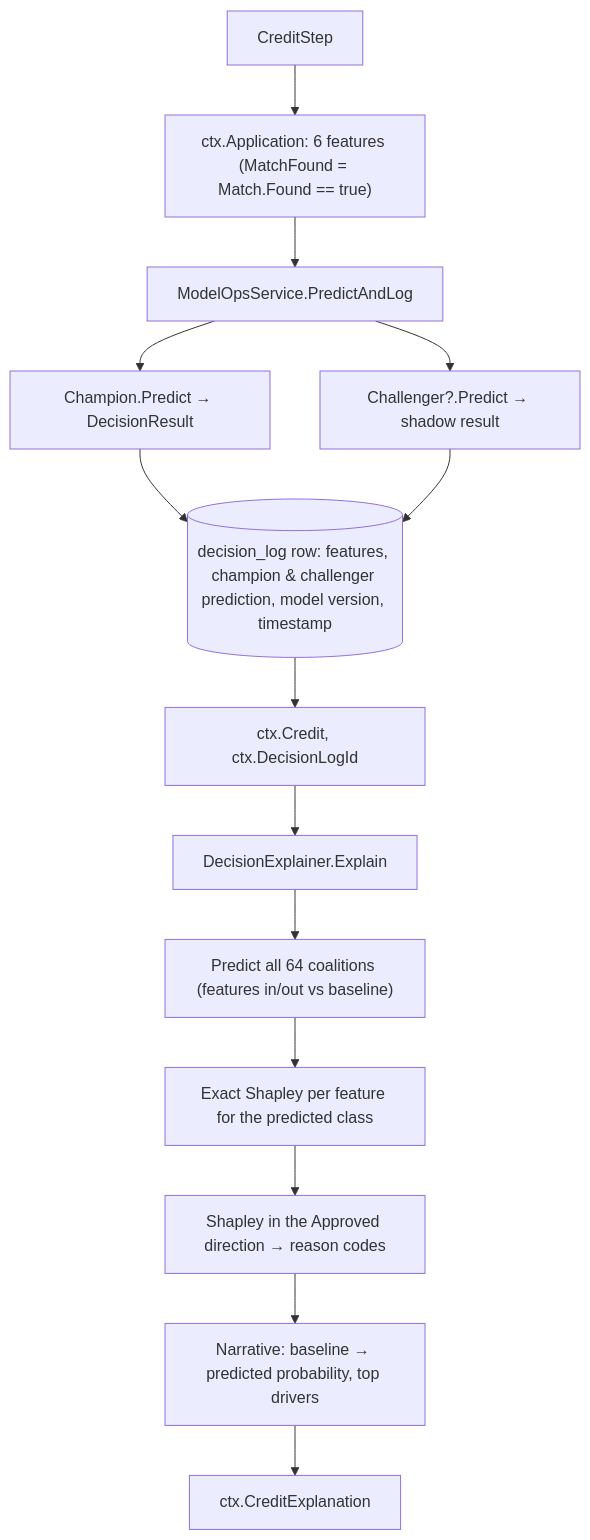
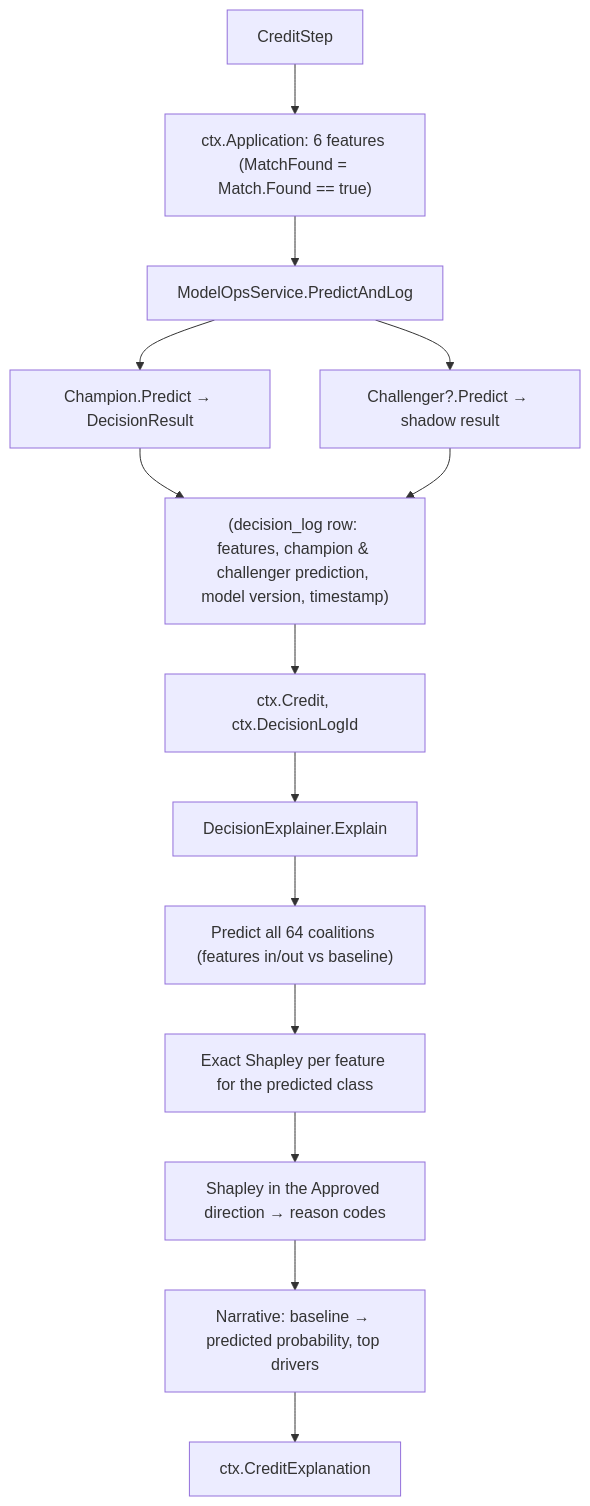
One commit to NitinRawat26/MerchantIntelligence changed the first of 2 diagrams in docs/steps/credit.md. Above: the diagram before and after it, drawn with Mermaid. The commit also changed 5 other files, not shown here.

Commit message:
docs: fix mermaid labels so every step diagram renders

````diff
--- a/docs/steps/credit.md
+++ b/docs/steps/credit.md
@@ -63,15 +63,15 @@
 ```mermaid
 flowchart TD
     A[CreditStep] --> B["ctx.Application: 6 features (MatchFound = Match.Found == true)"]
     B --> C[ModelOpsService.PredictAndLog]
     C --> C1[Champion.Predict → DecisionResult]
     C --> C2[Challenger?.Predict → shadow result]
-    C1 & C2 --> C3[(decision_log row: features, champion & challenger prediction, model version, timestamp)]
+    C1 & C2 --> C3["(decision_log row: features, champion & challenger prediction, model version, timestamp)"]
     C3 --> D[ctx.Credit, ctx.DecisionLogId]
     D --> E[DecisionExplainer.Explain]
     E --> E1["Predict all 64 coalitions (features in/out vs baseline)"]
     E1 --> E2[Exact Shapley per feature for the predicted class]
     E2 --> E3[Shapley in the Approved direction → reason codes]
     E3 --> E4[Narrative: baseline → predicted probability, top drivers]
     E4 --> F[ctx.CreditExplanation]
 ```
````
